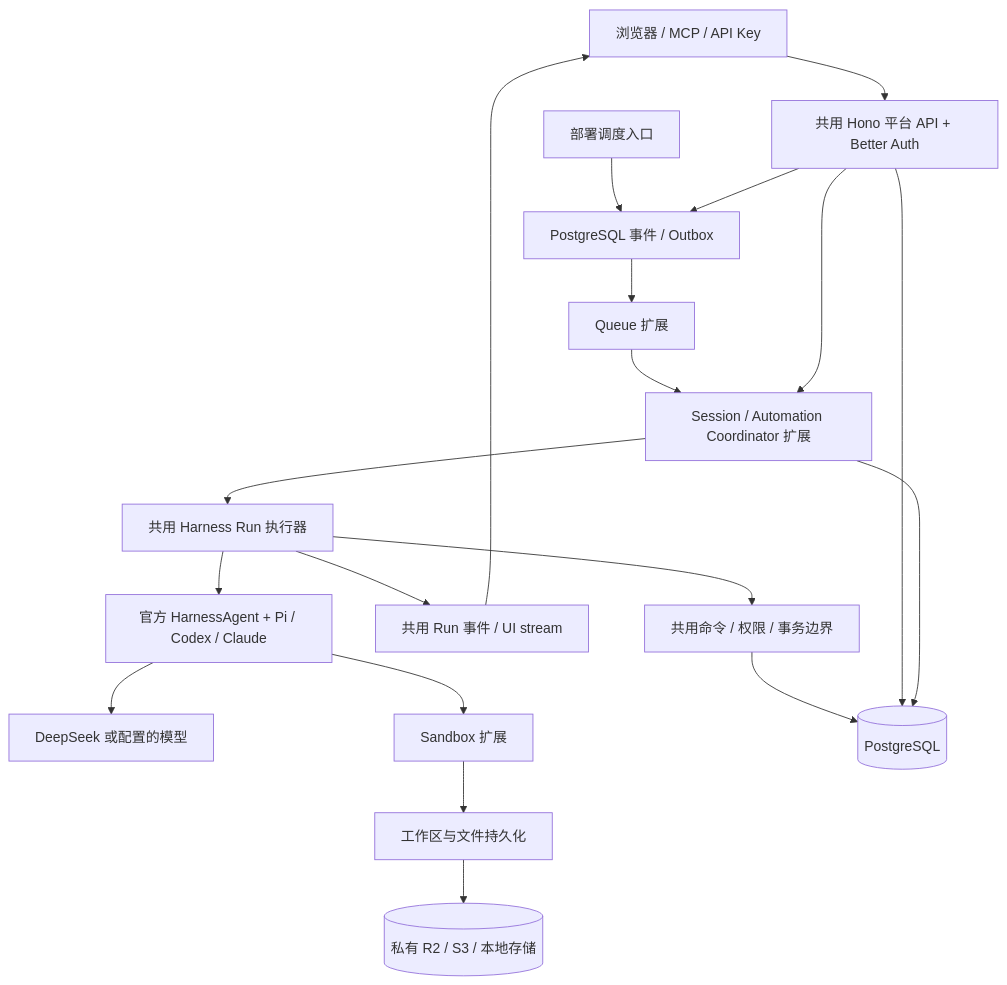
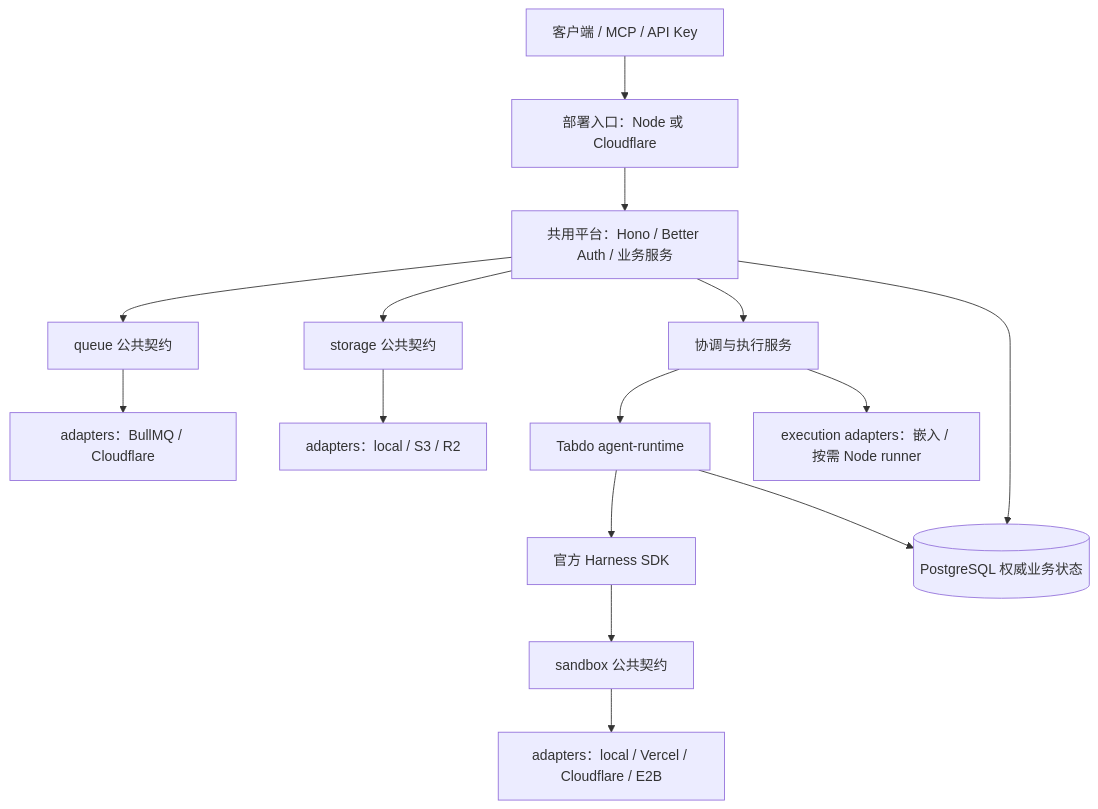
One commit to boyd4y/agrid changed the diagram in docs/architecture/dual-deployment.md. Above: the diagram before and after it, drawn with Mermaid. The commit also changed other lines of this file and 2 other files, not shown here.

Commit message:
docs(architecture): organize capability adapters independently of business logic

````diff
--- a/docs/architecture/dual-deployment.md
+++ b/docs/architecture/dual-deployment.md
@@ -19,21 +15,17 @@
 ```mermaid
 flowchart TD
-  UI[浏览器 / MCP / API Key] --> API[共用 Hono 平台 API + Better Auth]
-  TIMER[部署调度入口] --> OUT[PostgreSQL 事件 / Outbox]
-  API --> OUT
-  OUT --> QUEUE[Queue 扩展]
-  QUEUE --> COORD[Session / Automation Coordinator 扩展]
-  API --> COORD
-  COORD --> EXEC[共用 Harness Run 执行器]
-  EXEC --> SDK[官方 HarnessAgent + Pi / Codex / Claude]
-  SDK --> MODEL[DeepSeek 或配置的模型]
-  SDK --> SB[Sandbox 扩展]
-  EXEC --> EVENTS[共用 Run 事件 / UI stream]
-  EVENTS --> UI
-  EXEC --> TOOL[共用命令 / 权限 / 事务边界]
-  TOOL --> PG[(PostgreSQL)]
-  API --> PG
-  COORD --> PG
-  SB --> FILE[工作区与文件持久化]
-  FILE --> R2[(私有 R2 / S3 / 本地存储)]
+  UI[客户端 / MCP / API Key] --> APP[部署入口：Node 或 Cloudflare]
+  APP --> PLATFORM[共用平台：Hono / Better Auth / 业务服务]
+  PLATFORM --> Q[queue 公共契约]
+  PLATFORM --> S[storage 公共契约]
+  PLATFORM --> CO[协调与执行服务]
+  CO --> AGENT[Tabdo agent-runtime]
+  AGENT --> H[官方 Harness SDK]
+  H --> SB[sandbox 公共契约]
+  Q --> QA[adapters：BullMQ / Cloudflare]
+  S --> SA[adapters：local / S3 / R2]
+  SB --> SBA[adapters：local / Vercel / Cloudflare / E2B]
+  CO --> EXEC[execution adapters：嵌入 / 按需 Node runner]
+  PLATFORM --> PG[(PostgreSQL 权威业务状态)]
+  AGENT --> PG
 ```
````
